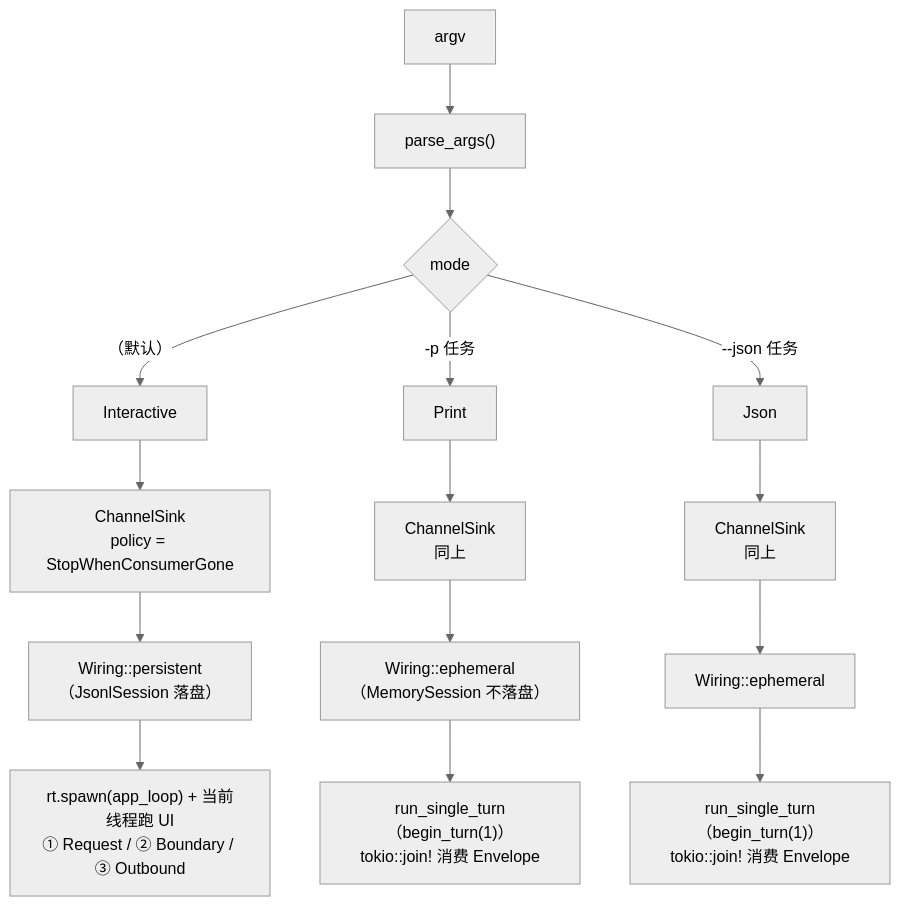
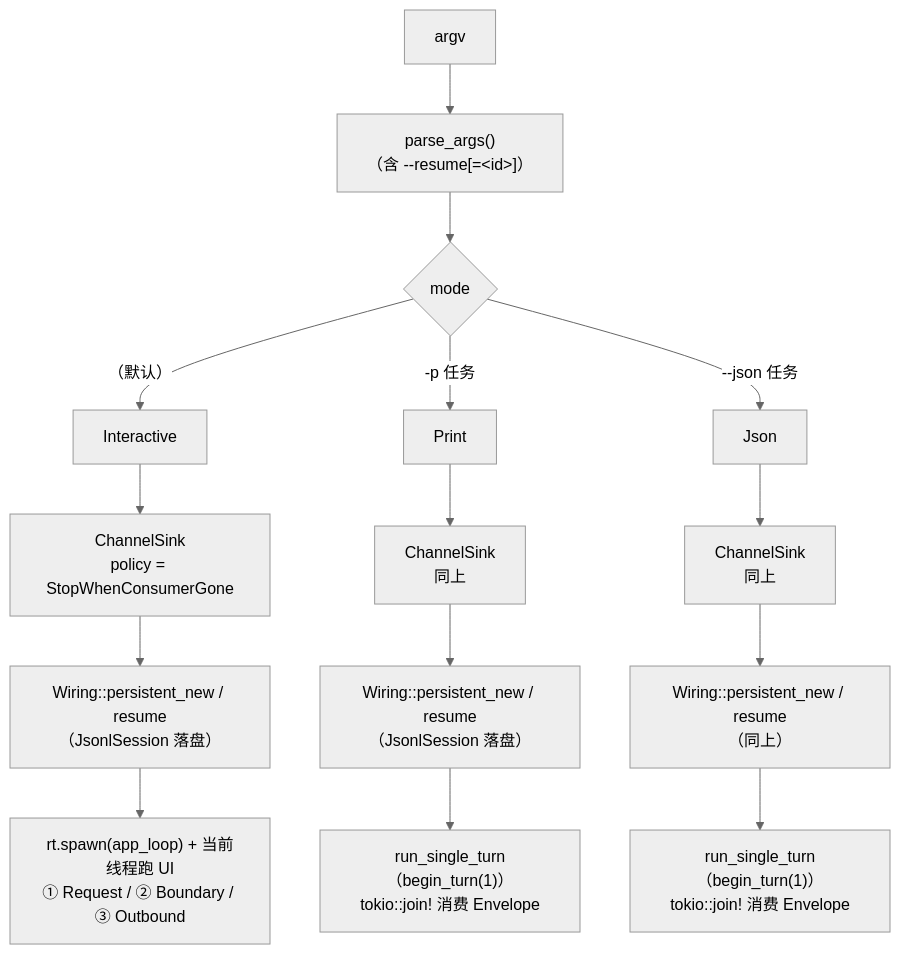
One commit to zsdfbb/YuShan changed diagram 11 of 15 in docs/architecture.md. Above: the diagram before and after it, drawn with Mermaid (neutral theme). The commit also changed other lines of this file and 22 other files, not shown here.

````diff
--- a/docs/architecture.md
+++ b/docs/architecture.md
@@ -511,21 +511,21 @@
 ```mermaid
 flowchart TB
-    ARGV["argv"] --> PARSE["parse_args()"]
+    ARGV["argv"] --> PARSE["parse_args()<br/>（含 --resume[=&lt;id&gt;]）"]
     PARSE --> M{"mode"}
 
     M -->|"（默认）"| TUI["Interactive"]
     M -->|"-p 任务"| P["Print"]
     M -->|"--json 任务"| J["Json"]
 
     TUI --> TUI_S["ChannelSink<br/>policy = StopWhenConsumerGone"]
     P --> P_S["ChannelSink<br/>同上"]
     J --> J_S["ChannelSink<br/>同上"]
 
-    TUI_S --> TUI_W["Wiring::persistent<br/>（JsonlSession 落盘）"]
-    P_S --> P_W["Wiring::ephemeral<br/>（MemorySession 不落盘）"]
-    J_S --> J_W["Wiring::ephemeral"]
+    TUI_S --> TUI_W["Wiring::persistent_new / resume<br/>（JsonlSession 落盘）"]
+    P_S --> P_W["Wiring::persistent_new / resume<br/>（JsonlSession 落盘）"]
+    J_S --> J_W["Wiring::persistent_new / resume<br/>（同上）"]
 
     TUI_W --> TUI_D["rt.spawn(app_loop) + 当前线程跑 UI<br/>① Request / ② Boundary / ③ Outbound"]
     P_W --> P_D["run_single_turn（begin_turn(1)）<br/>tokio::join! 消费 Envelope"]
     J_W --> J_D["run_single_turn（begin_turn(1)）<br/>tokio::join! 消费 Envelope"]
 ```
````
